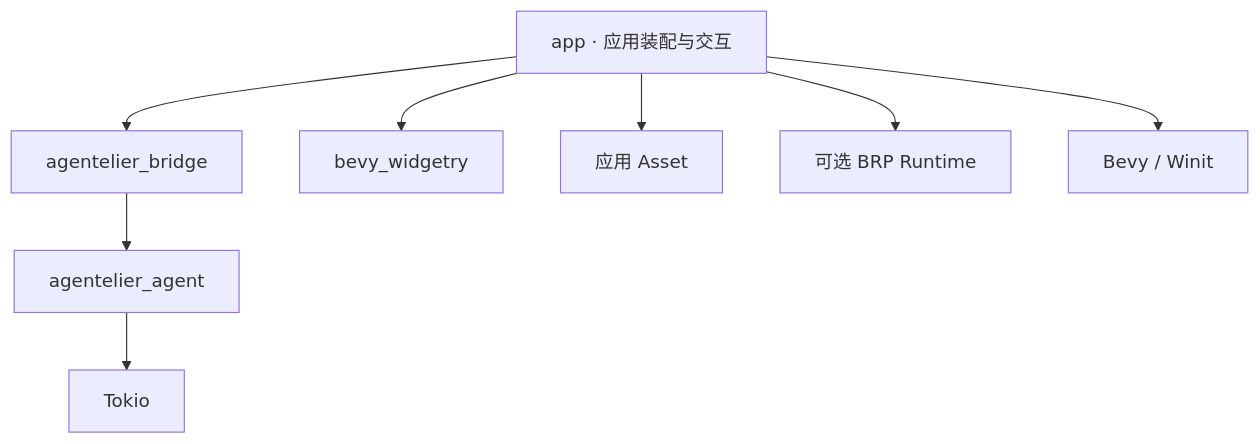
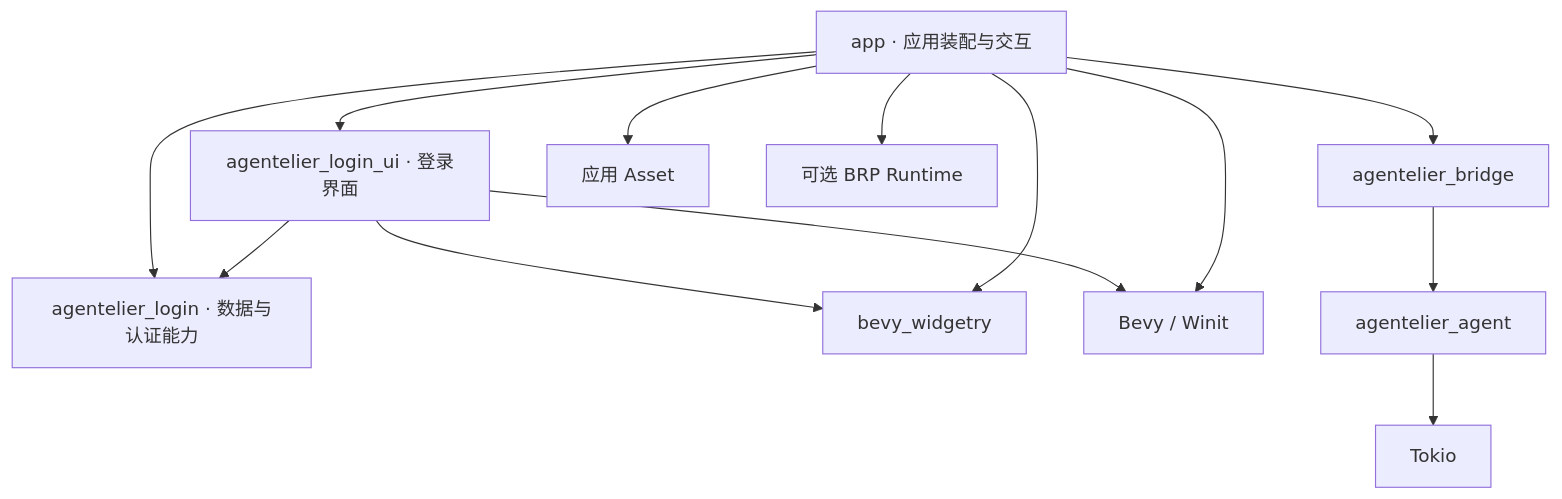
One commit to slc90/Agentelier changed the second of 4 diagrams in docs/design/architecture.md. Above: the diagram before and after it, drawn with Mermaid. The commit also changed other lines of this file and 22 other files, not shown here.

````diff
--- a/docs/design/architecture.md
+++ b/docs/design/architecture.md
@@ -60,10 +64,15 @@
 ```mermaid
 flowchart TD
     App["app · 应用装配与交互"] --> Bridge["agentelier_bridge"]
+    App --> LoginUI["agentelier_login_ui · 登录界面"]
+    App --> Login["agentelier_login · 数据与认证能力"]
+    LoginUI --> Login
+    LoginUI --> Widgetry
+    LoginUI --> Bevy
     Bridge --> Agent["agentelier_agent"]
     Agent --> Tokio["Tokio"]
     App --> Widgetry["bevy_widgetry"]
     App --> Assets["应用 Asset"]
     App --> BRP["可选 BRP Runtime"]
     App --> Bevy["Bevy / Winit"]
 ```
````
